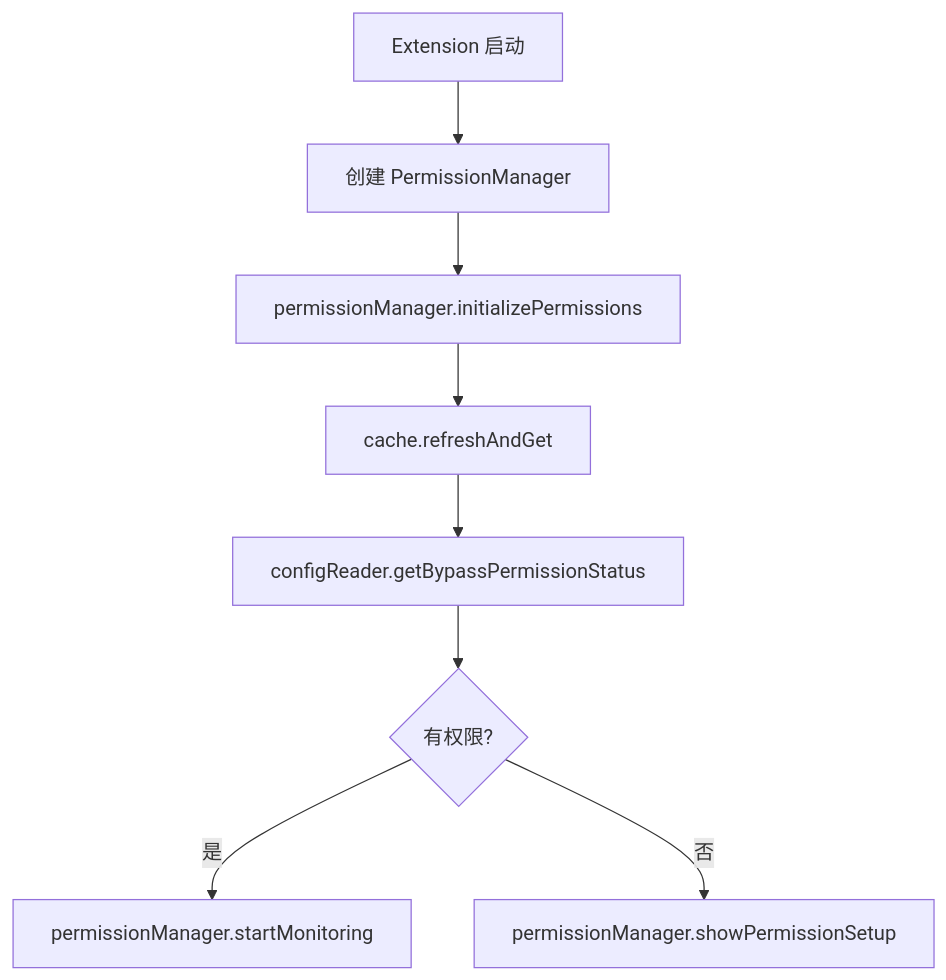
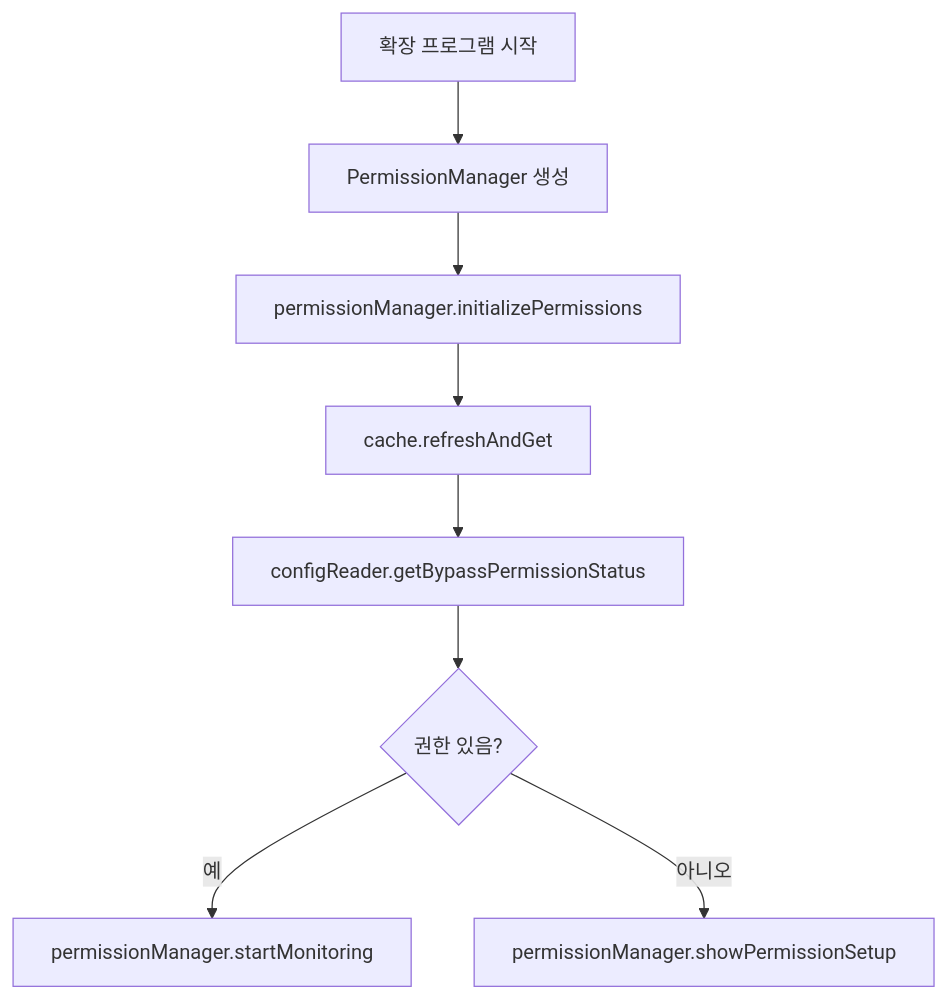
One commit to fclemonschool/kiro-for-cc changed the third of 3 diagrams in src/resources/agents/spec-design.md. Above: the diagram before and after it, drawn with Mermaid. The commit also changed other lines of this file and 6 other files, not shown here.

````diff
--- a/src/resources/agents/spec-design.md
+++ b/src/resources/agents/spec-design.md
@@ -86,13 +86,13 @@
 ```mermaid
 flowchart TD
-    A[Extension 启动] --> B[创建 PermissionManager]
+    A[확장 프로그램 시작] --> B[PermissionManager 생성]
     B --> C[permissionManager.initializePermissions]
     C --> D[cache.refreshAndGet]
     D --> E[configReader.getBypassPermissionStatus]
-    E --> F{有权限?}
-    F -->|是| G[permissionManager.startMonitoring]
-    F -->|否| H[permissionManager.showPermissionSetup]
+    E --> F{권한 있음?}
+    F -->|예| G[permissionManager.startMonitoring]
+    F -->|아니오| H[permissionManager.showPermissionSetup]
     
-    %% 注意：直接引用前面定义的接口方法
-    %% 这样可以保证设计的一致性和可追溯性
+    %% 참고: 앞서 정의한 인터페이스 메소드를 직접 참조
+    %% 이렇게 하면 설계의 일관성과 추적 가능성을 보장할 수 있음
 ```
````
